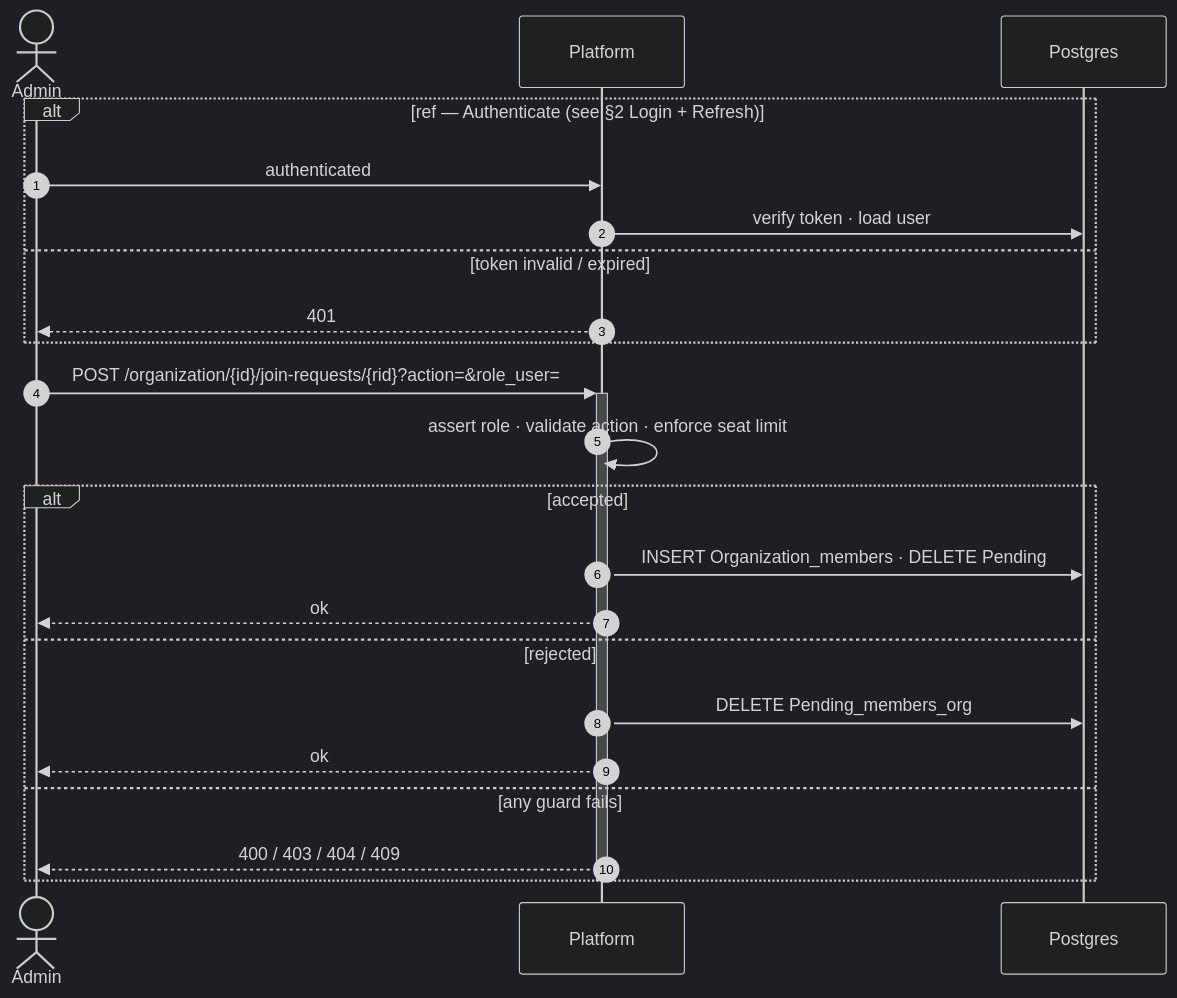
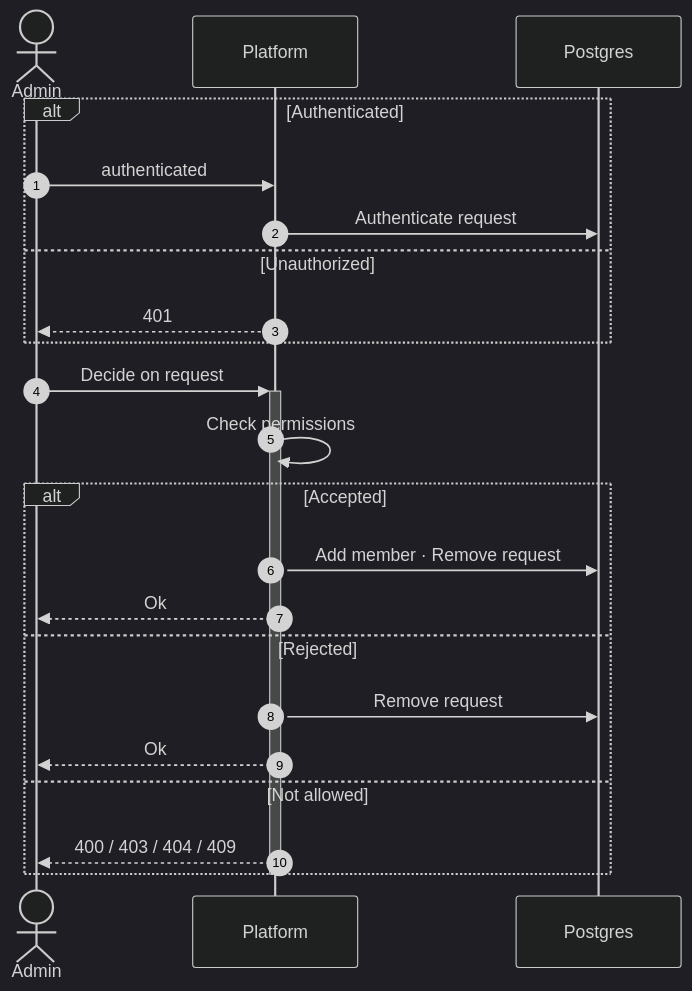
The seventh of 16 diagrams in docs/SEQUENCE_DIAGRAMS.md (MohamedChebbi123/teamnest), drawn with Mermaid (dark theme) before and after one commit. The commit also changed other lines of this file, not shown here.

````diff
--- a/docs/SEQUENCE_DIAGRAMS.md
+++ b/docs/SEQUENCE_DIAGRAMS.md
@@ -199,27 +244,27 @@
 ```mermaid
 sequenceDiagram
     autonumber
     actor Admin
     participant API as Platform
     participant DB as Postgres
 
-    alt ref — Authenticate (see §2 Login + Refresh)
+    alt Authenticated
         Admin->>API: authenticated
-        API->>DB: verify token · load user
-    else token invalid / expired
+        API->>DB: Authenticate request
+    else Unauthorized
         API-->>Admin: 401
     end
 
-    Admin->>+API: POST /organization/{id}/join-requests/{rid}?action=&role_user=
-    API->>API: assert role · validate action · enforce seat limit
-    alt accepted
-        API->>DB: INSERT Organization_members · DELETE Pending
-        API-->>Admin: ok
-    else rejected
-        API->>DB: DELETE Pending_members_org
-        API-->>Admin: ok
-    else any guard fails
+    Admin->>+API: Decide on request
+    API->>API: Check permissions
+    alt Accepted
+        API->>DB: Add member · Remove request
+        API-->>Admin: Ok
+    else Rejected
+        API->>DB: Remove request
+        API-->>Admin: Ok
+    else Not allowed
         API-->>Admin: 400 / 403 / 404 / 409
     end
     deactivate API
 ```
````
